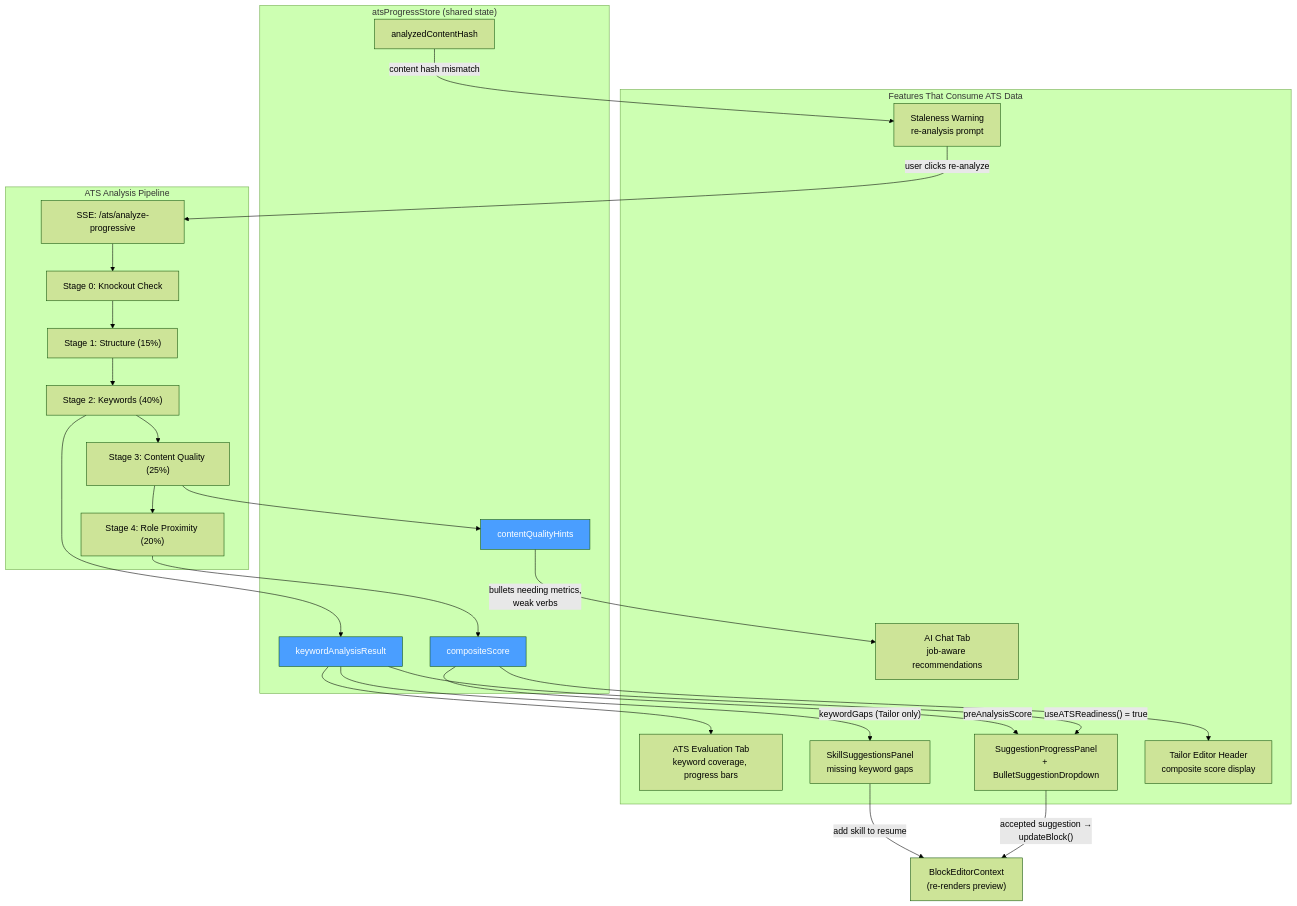
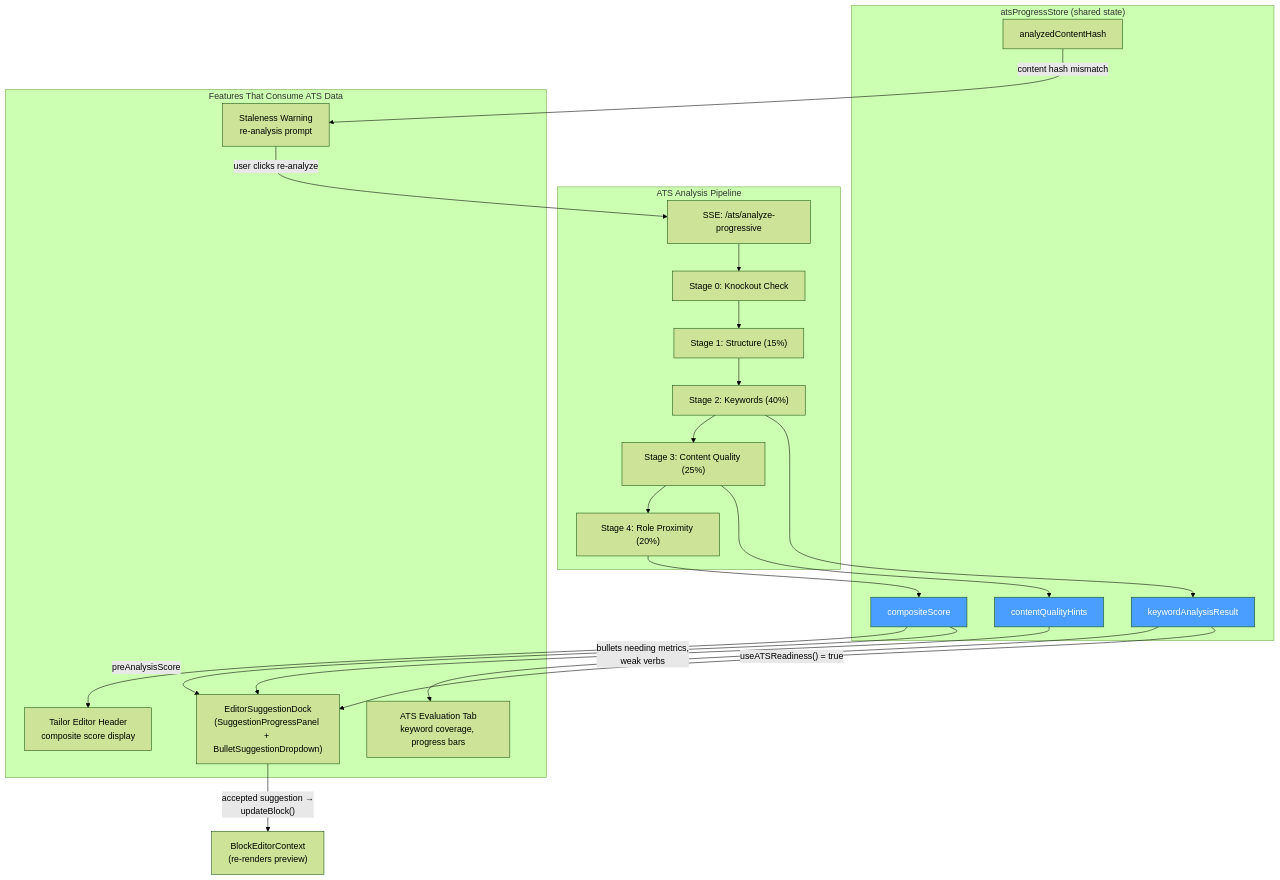
The fifth of 7 diagrams in docs/architecture/editor-guide.md (Sungchunn/AI-Resume-Tailor), drawn with Mermaid (forest theme) before and after one commit. The commit also changed other lines of this file and 1 other file, not shown here.

First line of the commit message:
docs: Update editor docs for floating suggestion dock

````diff
--- a/docs/architecture/editor-guide.md
+++ b/docs/architecture/editor-guide.md
@@ -1176,48 +1108,44 @@
 ```mermaid
 graph TB
     subgraph "ATS Analysis Pipeline"
         SSE["SSE: /ats/analyze-progressive"]
         S0["Stage 0: Knockout Check"]
         S1["Stage 1: Structure (15%)"]
         S2["Stage 2: Keywords (40%)"]
         S3["Stage 3: Content Quality (25%)"]
         S4["Stage 4: Role Proximity (20%)"]
         SSE --> S0 --> S1 --> S2 --> S3 --> S4
     end
 
     subgraph "atsProgressStore (shared state)"
         KAR["keywordAnalysisResult"]
         CS["compositeScore"]
         CQH["contentQualityHints"]
         CH["analyzedContentHash"]
     end
 
     subgraph "Features That Consume ATS Data"
         ATS_TAB["ATS Evaluation Tab<br/>keyword coverage, progress bars"]
-        BULLET["SuggestionProgressPanel<br/>+ BulletSuggestionDropdown"]
-        SKILL["SkillSuggestionsPanel<br/>missing keyword gaps"]
+        BULLET["EditorSuggestionDock<br/>(SuggestionProgressPanel + BulletSuggestionDropdown)"]
         HEADER["Tailor Editor Header<br/>composite score display"]
-        CHAT["AI Chat Tab<br/>job-aware recommendations"]
         STALE["Staleness Warning<br/>re-analysis prompt"]
     end
 
     S2 --> KAR
     S3 --> CQH
     S4 --> CS
 
     KAR --> ATS_TAB
     KAR -- "useATSReadiness() = true" --> BULLET
-    KAR -- "keywordGaps (Tailor only)" --> SKILL
-    CQH -- "bullets needing metrics,<br/>weak verbs" --> CHAT
+    CQH -- "bullets needing metrics,<br/>weak verbs" --> BULLET
     CS --> HEADER
     CS -- "preAnalysisScore" --> BULLET
     CH -- "content hash mismatch" --> STALE
 
     BULLET -- "accepted suggestion →<br/>updateBlock()" --> EDIT["BlockEditorContext<br/>(re-renders preview)"]
-    SKILL -- "add skill to resume" --> EDIT
     STALE -- "user clicks re-analyze" --> SSE
 
     style KAR fill:#4a9eff,color:#fff
     style CS fill:#4a9eff,color:#fff
     style CQH fill:#4a9eff,color:#fff
 ```
````
